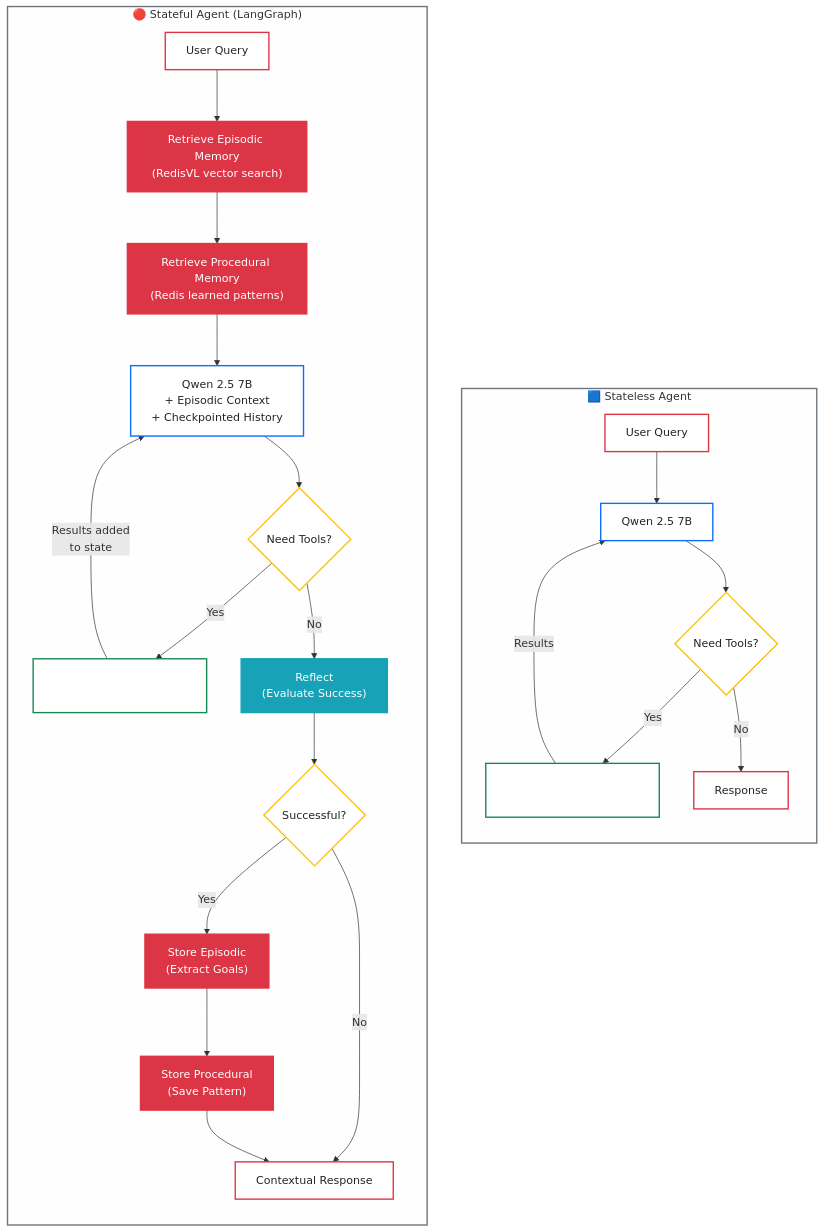
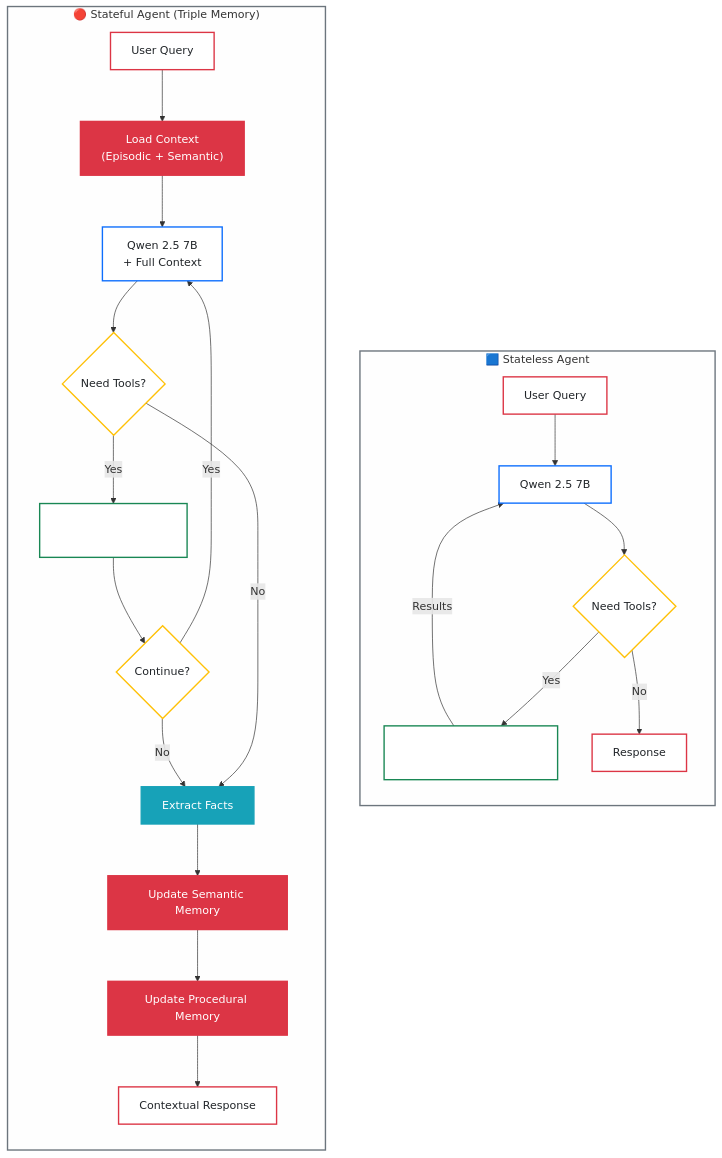
The diagram in README.md (AllieRays/redis-wellness), drawn with Mermaid before and after one commit. The commit also changed other lines of this file and 68 other files, not shown here.

````diff
--- a/README.md
+++ b/README.md
@@ -60,56 +60,54 @@
 ```mermaid
 flowchart TB
     subgraph stateless["🟦 Stateless Agent"]
         direction TB
         S1["User Query"]:::start
         S2["Qwen 2.5 7B"]:::llm
         S3{"Need Tools?"}:::decision
         S4["Tools Query<br/>Redis Health Data Store"]:::tool
         S5["Response"]:::response
 
         S1 --> S2
         S2 --> S3
         S3 -->|Yes| S4
         S4 -->|"Results"| S2
         S3 -->|No| S5
     end
 
-    subgraph stateful["🔴 Stateful Agent (LangGraph)"]
+    subgraph stateful["🔴 Stateful Agent (Triple Memory)"]
         direction TB
         T1["User Query"]:::start
-        T2["Retrieve Episodic Memory<br/>(RedisVL vector search)"]:::memory
-        T3["Retrieve Procedural Memory<br/>(Redis learned patterns)"]:::memory
-        T4["Qwen 2.5 7B<br/>+ Episodic Context<br/>+ Checkpointed History"]:::llm
-        T5{"Need Tools?"}:::decision
-        T6["Tools Query<br/>Redis Health Data Store"]:::tool
-        T7["Reflect<br/>(Evaluate Success)"]:::reflect
-        T8{"Successful?"}:::decision
-        T9["Store Episodic<br/>(Extract Goals)"]:::memory
-        T10["Store Procedural<br/>(Save Pattern)"]:::memory
-        T11["Contextual Response"]:::response
+        T2["Load Context<br/>(Episodic + Semantic)"]:::memory
+        T3["Qwen 2.5 7B<br/>+ Full Context"]:::llm
+        T4{"Need Tools?"}:::decision
+        T5["Execute Tools<br/>(Health + Memory)"]:::tool
+        T6{"Continue?"}:::decision
+        T7["Extract Facts"]:::reflect
+        T8["Update Semantic Memory"]:::memory
+        T9["Update Procedural Memory"]:::memory
+        T10["Contextual Response"]:::response
 
         T1 --> T2
         T2 --> T3
         T3 --> T4
-        T4 --> T5
-        T5 -->|Yes| T6
-        T6 -->|"Results added<br/>to state"| T4
-        T5 -->|No| T7
+        T4 -->|Yes| T5
+        T5 --> T6
+        T6 -->|Yes| T3
+        T6 -->|No| T7
+        T4 -->|No| T7
         T7 --> T8
-        T8 -->|Yes| T9
-        T8 -->|No| T11
+        T8 --> T9
         T9 --> T10
-        T10 --> T11
     end
 
     classDef start fill:#fff,stroke:#dc3545,stroke-width:2px,color:#212529
     classDef llm fill:#fff,stroke:#0d6efd,stroke-width:2px,color:#212529
     classDef decision fill:#fff,stroke:#ffc107,stroke-width:2px,color:#212529
     classDef tool fill:#fff,stroke:#198754,stroke-width:2px,color:#fff
     classDef memory fill:#dc3545,stroke:#dc3545,stroke-width:2px,color:#fff
     classDef reflect fill:#17a2b8,stroke:#17a2b8,stroke-width:2px,color:#fff
     classDef response fill:#fff,stroke:#dc3545,stroke-width:2px,color:#212529
 
     style stateless fill:#fefefe,stroke:#6c757d,stroke-width:2px
     style stateful fill:#fefefe,stroke:#6c757d,stroke-width:2px
 ```
````
